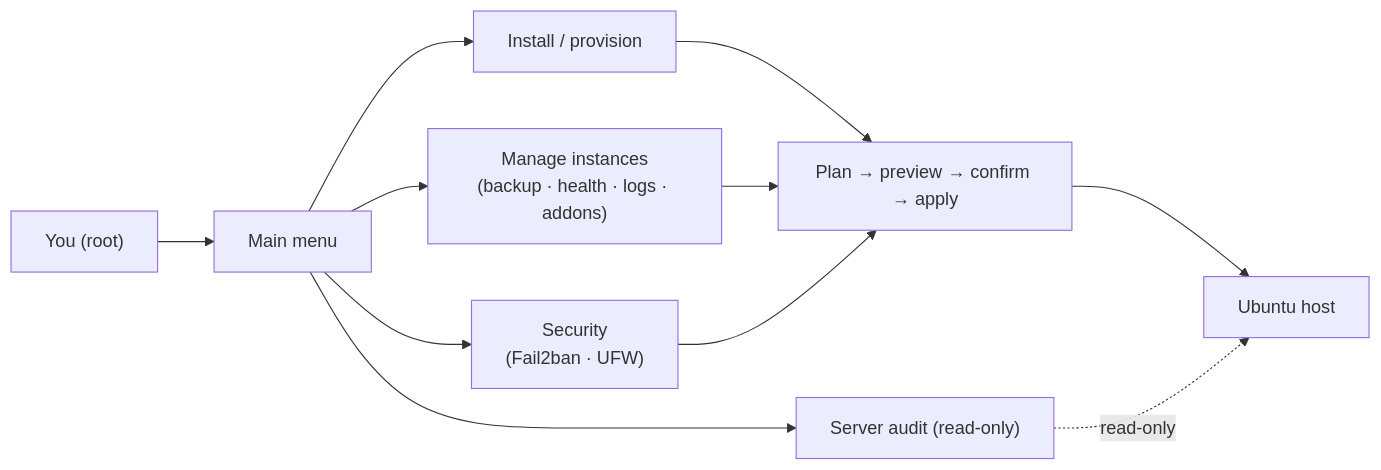
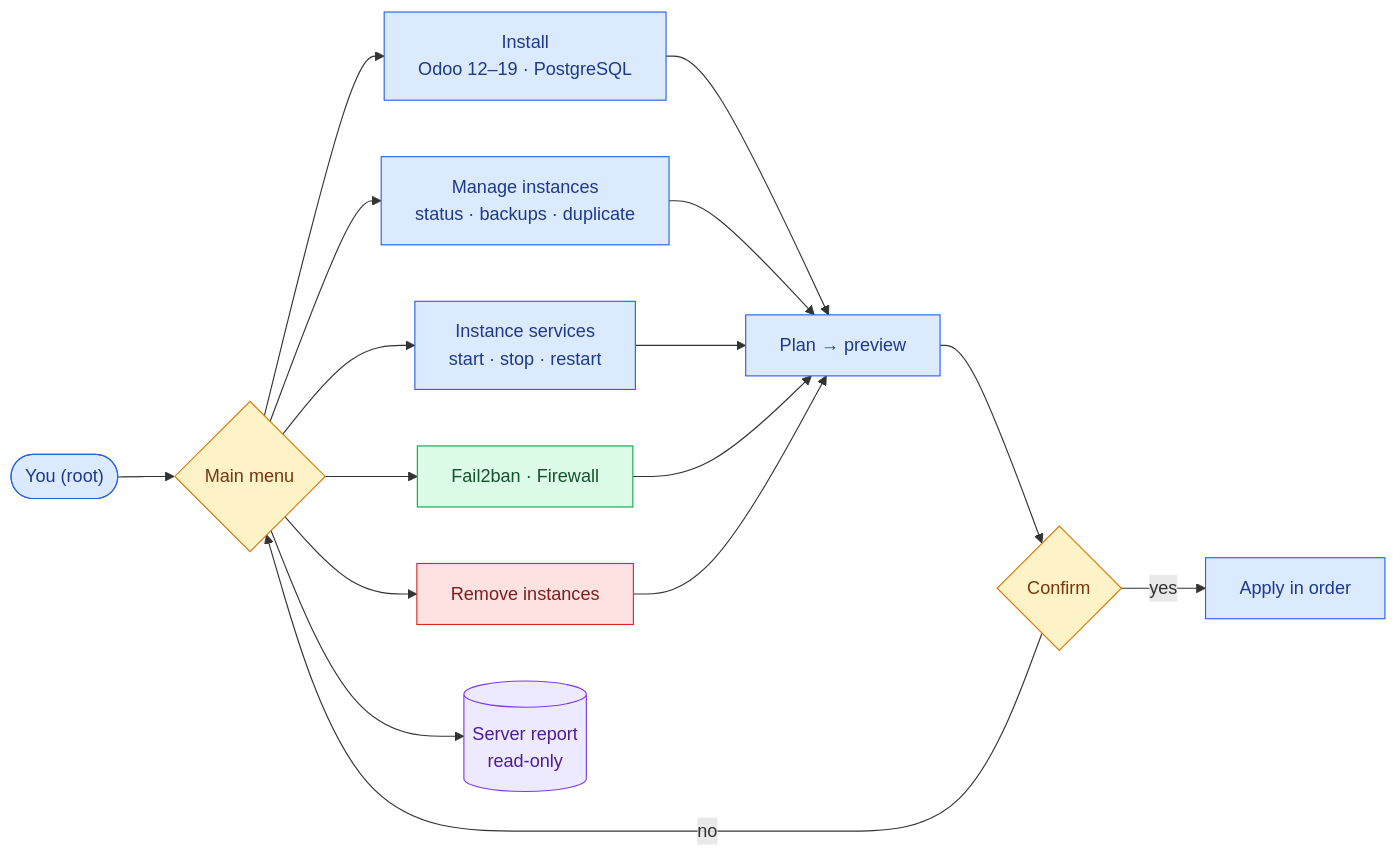
One commit to grojof/odoo_instance_manager_app changed the diagram in README.md. Above: the diagram before and after it, drawn with Mermaid. The commit also changed other lines of this file and 23 other files, not shown here.

First line of the commit message:
docs: refresh against the code, diagrams in semantic colours, AGENTS.md (#57)

````diff
--- a/README.md
+++ b/README.md
@@ -57,11 +61,24 @@
 ```mermaid
 flowchart LR
-    op["You (root)"] --> menu["Main menu"]
-    menu --> install["Install / provision"]
-    menu --> manage["Manage instances<br/>(backup · health · logs · addons)"]
-    menu --> sec["Security<br/>(Fail2ban · UFW)"]
-    menu --> audit["Server audit (read-only)"]
-    install & manage & sec --> plan["Plan → preview → confirm → apply"]
-    plan --> host["Ubuntu host"]
-    audit -. "read-only" .-> host
+    op(["You (root)"]) --> menu{"Main menu"}
+    menu --> install["Install<br/>Odoo 12–19 · PostgreSQL"]
+    menu --> manage["Manage instances<br/>status · backups · duplicate"]
+    menu --> services["Instance services<br/>start · stop · restart"]
+    menu --> sec["Fail2ban · Firewall"]
+    menu --> remove["Remove instances"]
+    menu --> report[("Server report<br/>read-only")]
+    install & manage & services & sec & remove --> plan["Plan → preview"]
+    plan --> confirm{"Confirm"}
+    confirm -- yes --> apply["Apply in order"]
+    confirm -- no --> menu
+    classDef step fill:#dbeafe,stroke:#2563eb,color:#1e3a8a
+    classDef ask fill:#fef3c7,stroke:#d97706,color:#78350f
+    classDef guard fill:#dcfce7,stroke:#16a34a,color:#14532d
+    classDef stop fill:#fee2e2,stroke:#dc2626,color:#7f1d1d
+    classDef data fill:#ede9fe,stroke:#7c3aed,color:#4c1d95
+    class op,install,manage,services,plan,apply step
+    class menu,confirm ask
+    class sec guard
+    class remove stop
+    class report data
 ```
````
